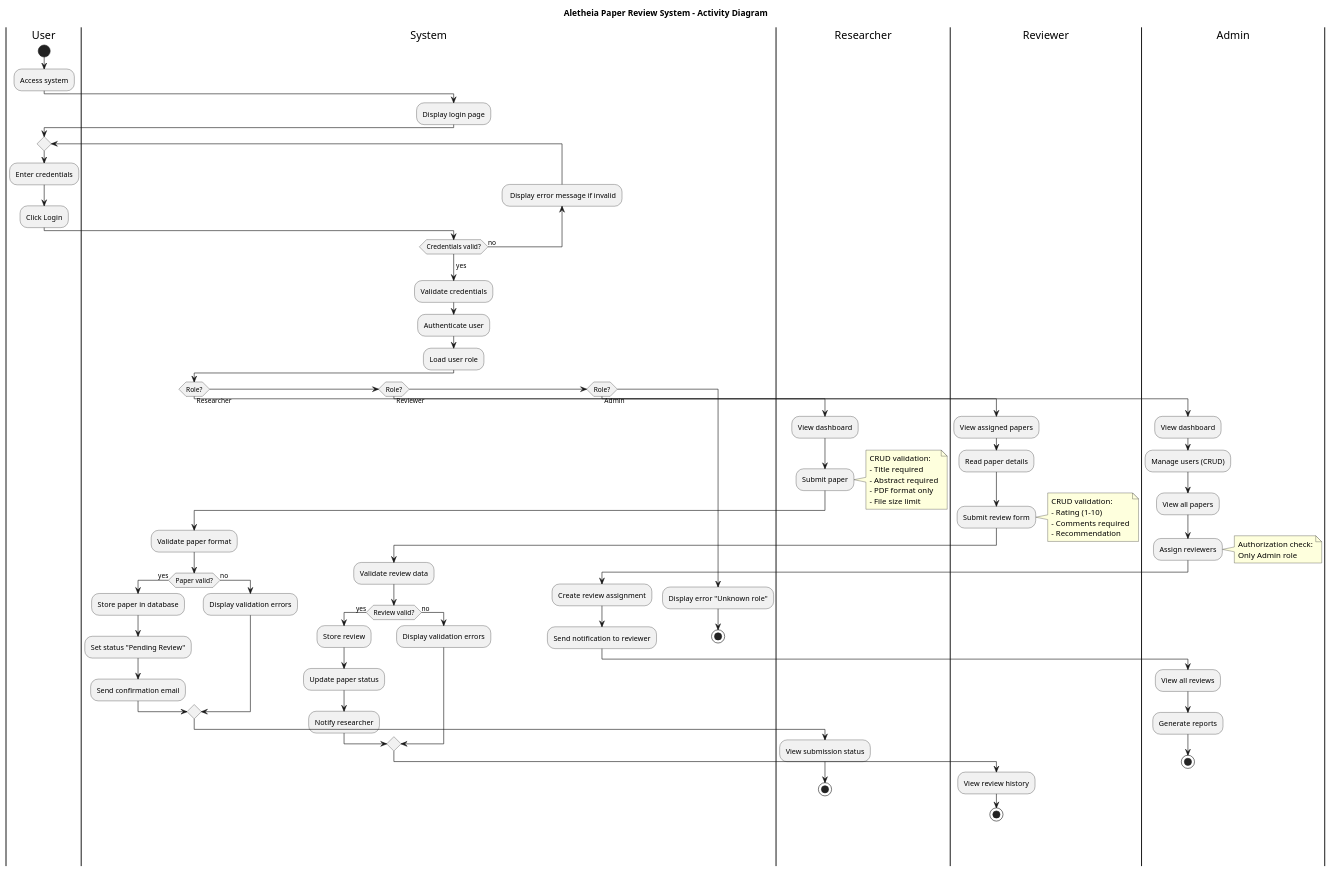
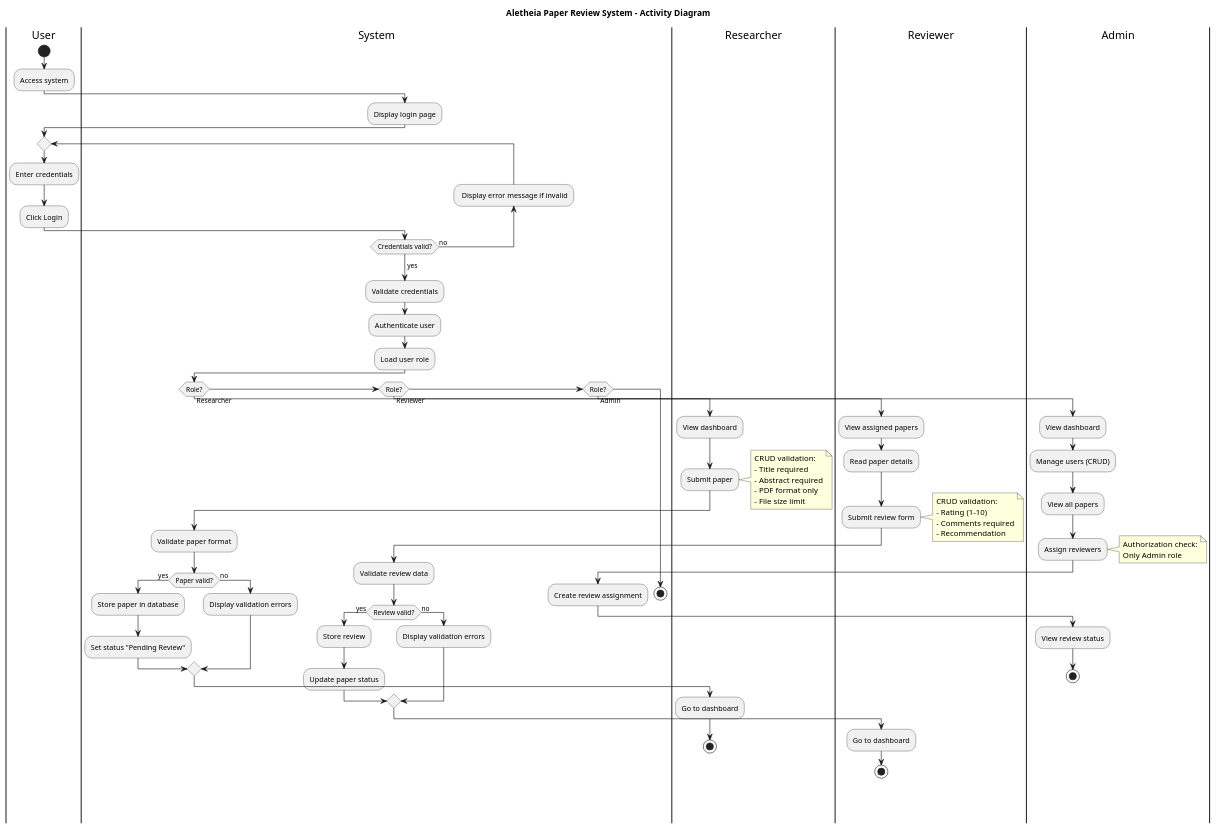
The diagram in Report/Diagram/activity_diagram.puml (ShiroYaksha01/Aletheia), drawn with PlantUML before and after one commit. The commit also changed 5 other files, not shown here.

Commit message:
Editing diagram

```diff
--- a/Report/Diagram/activity_diagram.puml
+++ b/Report/Diagram/activity_diagram.puml
@@ -1,101 +1,96 @@
 @startuml aletheia_activity_diagram
 title Aletheia Paper Review System - Activity Diagram
 
 |User|
 start
 :Access system;
 
 |System|
 :Display login page;
 
 |User|
 repeat
   :Enter credentials;
   :Click Login;
   |System|
 backward: Display error message if invalid;
 repeat while (Credentials valid?) is (no)
     ->yes;
     :Validate credentials;
     :Authenticate user;
     :Load user role;
 
 
 if (Role?) then (Researcher)
 |Researcher|
   :View dashboard;
   :Submit paper;
   note right
     CRUD validation:
     - Title required
     - Abstract required
     - PDF format only
     - File size limit
   end note
   
   |System|
   :Validate paper format;
   if (Paper valid?) then (yes)
     :Store paper in database;
     :Set status "Pending Review";
-    :Send confirmation email;
   else (no)
     :Display validation errors;
   endif
   
   |Researcher|
-  :View submission status;
+  :Go to dashboard;
   stop
 
 else if (Role?) then (Reviewer)
   |Reviewer|
   :View assigned papers;
   :Read paper details;
   :Submit review form;
   note right
     CRUD validation:
     - Rating (1-10)
     - Comments required
     - Recommendation
   end note
   
   |System|
   :Validate review data;
   if (Review valid?) then (yes)
     :Store review;
     :Update paper status;
-    :Notify researcher;
   else (no)
     :Display validation errors;
   endif
   
   |Reviewer|
-  :View review history;
+  :Go to dashboard;
   stop
 
 else if (Role?) then (Admin)
   |Admin|
   :View dashboard;
   :Manage users (CRUD);
   :View all papers;
   :Assign reviewers;
   note right
     Authorization check:
     Only Admin role
   end note
   
   |System|
   :Create review assignment;
-  :Send notification to reviewer;
   
   |Admin|
-  :View all reviews;
-  :Generate reports;
+  :View review status;
   stop
 else
     |System|
-    :Display error "Unknown role";
     stop
 endif
 
 @enduml
```
